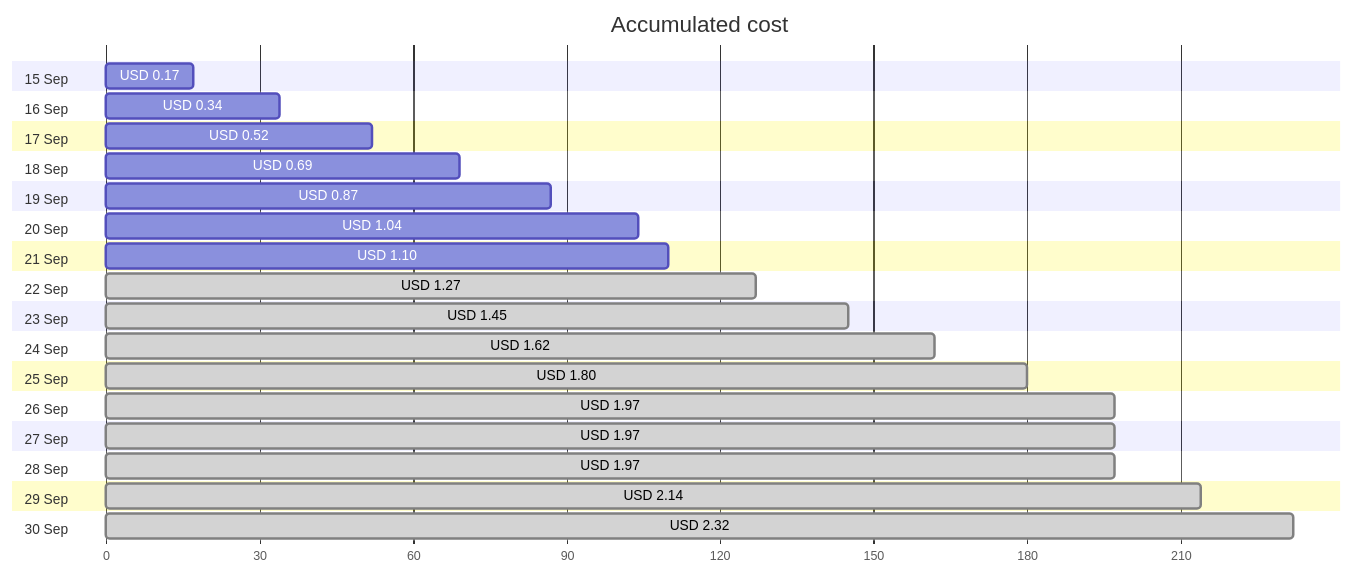
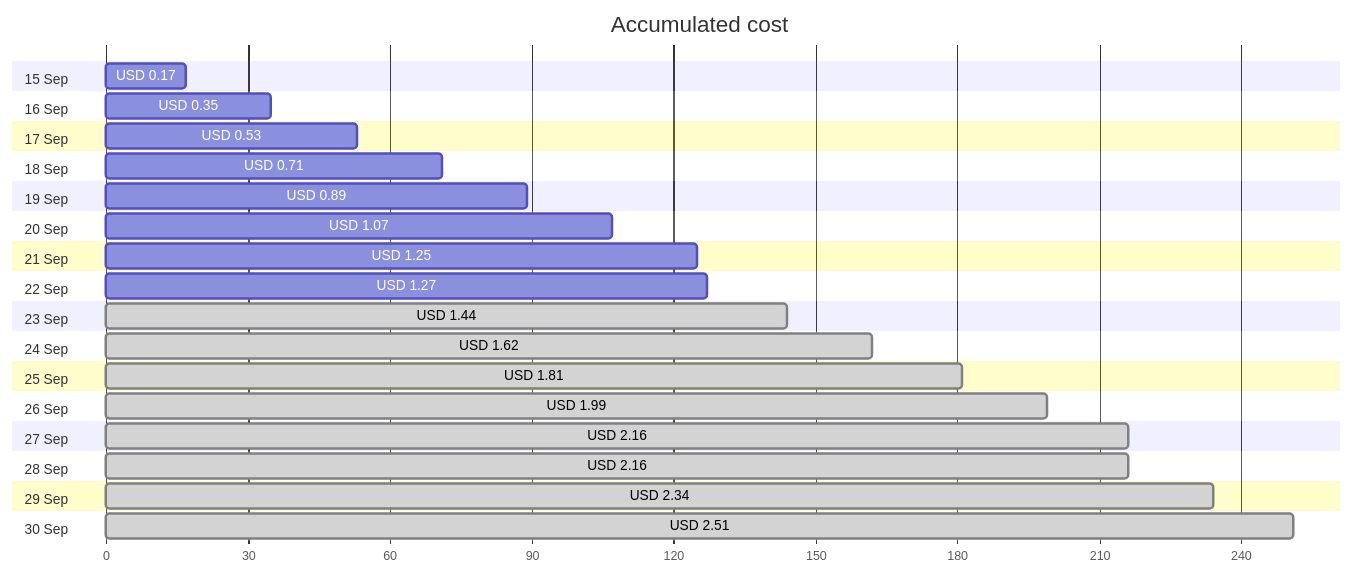
Before and after one commit to jpfulton/azure-personal-reports: the first of 4 diagrams in cost-reports/personal-network/vpn-server.md, drawn with Mermaid. The commit also changed other lines of this file and 9 other files, not shown here.

````diff
--- a/cost-reports/personal-network/vpn-server.md
+++ b/cost-reports/personal-network/vpn-server.md
@@ -20,38 +20,38 @@
 ```mermaid
 gantt
    title Accumulated cost
    dateFormat  X
    axisFormat %s
    section 15 Sep
    USD 0.17 :0, 17
    section 16 Sep
-   USD 0.34 :0, 34
+   USD 0.35 :0, 35
    section 17 Sep
-   USD 0.52 :0, 52
+   USD 0.53 :0, 53
    section 18 Sep
-   USD 0.69 :0, 69
+   USD 0.71 :0, 71
    section 19 Sep
-   USD 0.87 :0, 87
+   USD 0.89 :0, 89
    section 20 Sep
-   USD 1.04 :0, 104
+   USD 1.07 :0, 107
    section 21 Sep
-   USD 1.10 :0, 110
+   USD 1.25 :0, 125
    section 22 Sep
-   USD 1.27 : done, 0, 127
+   USD 1.27 :0, 127
    section 23 Sep
-   USD 1.45 : done, 0, 145
+   USD 1.44 : done, 0, 144
    section 24 Sep
    USD 1.62 : done, 0, 162
    section 25 Sep
-   USD 1.80 : done, 0, 180
+   USD 1.81 : done, 0, 181
    section 26 Sep
-   USD 1.97 : done, 0, 197
+   USD 1.99 : done, 0, 199
    section 27 Sep
-   USD 1.97 : done, 0, 197
+   USD 2.16 : done, 0, 216
    section 28 Sep
-   USD 1.97 : done, 0, 197
+   USD 2.16 : done, 0, 216
    section 29 Sep
-   USD 2.14 : done, 0, 214
+   USD 2.34 : done, 0, 234
    section 30 Sep
-   USD 2.32 : done, 0, 232
+   USD 2.51 : done, 0, 251
 ```
````
